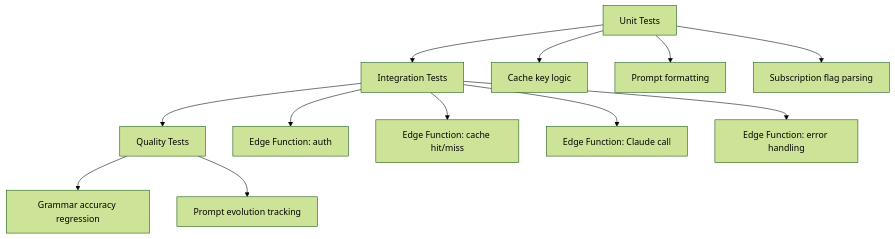
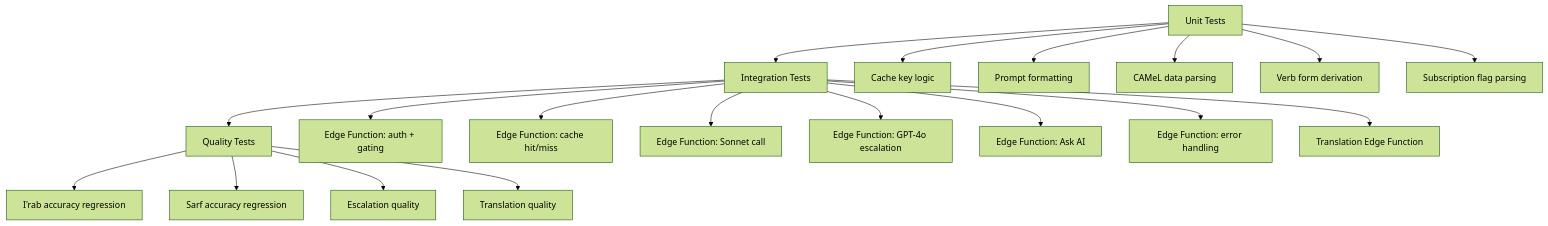
The diagram in docs/testing/irab-agents.md (yousefh409/suhuf), drawn with Mermaid (forest theme) before and after one commit. The commit also changed other lines of this file and 85 other files, not shown here.

````diff
--- a/docs/testing/irab-agents.md
+++ b/docs/testing/irab-agents.md
@@ -7,16 +9,23 @@
 ```mermaid
 graph TD
     U[Unit Tests] --> I[Integration Tests] --> Q[Quality Tests]
 
     U --> U1[Cache key logic]
     U --> U2[Prompt formatting]
-    U --> U3[Subscription flag parsing]
+    U --> U3[CAMeL data parsing]
+    U --> U4[Verb form derivation]
+    U --> U5[Subscription flag parsing]
 
-    I --> I1[Edge Function: auth]
+    I --> I1[Edge Function: auth + gating]
     I --> I2[Edge Function: cache hit/miss]
-    I --> I3[Edge Function: Claude call]
-    I --> I4[Edge Function: error handling]
+    I --> I3[Edge Function: Sonnet call]
+    I --> I4[Edge Function: GPT-4o escalation]
+    I --> I5[Edge Function: Ask AI]
+    I --> I6[Edge Function: error handling]
+    I --> I7[Translation Edge Function]
 
-    Q --> Q1[Grammar accuracy regression]
-    Q --> Q2[Prompt evolution tracking]
+    Q --> Q1[I'rab accuracy regression]
+    Q --> Q2[Sarf accuracy regression]
+    Q --> Q3[Escalation quality]
+    Q --> Q4[Translation quality]
 ```
````
